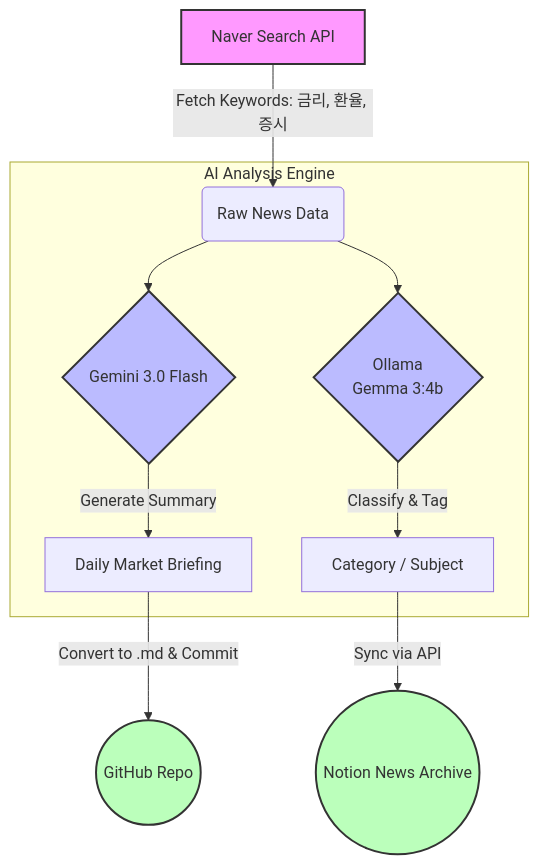
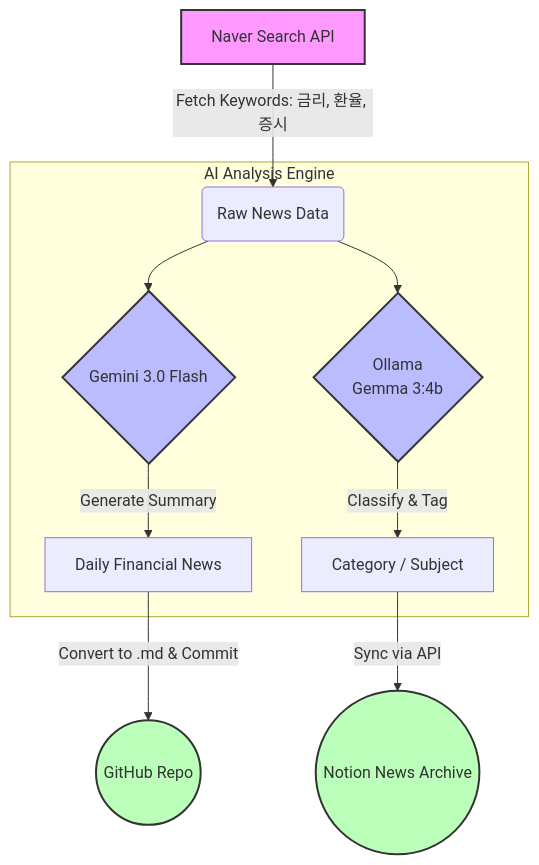
One commit to MinjunChoi24/JustStudy changed the diagram in news-archiver/README.md. Above: the diagram before and after it, drawn with Mermaid. The commit also changed other lines of this file, not shown here.

Commit message:
Update README for Daily Financial News terminology

````diff
--- a/news-archiver/README.md
+++ b/news-archiver/README.md
@@ -30,23 +30,23 @@
 ```mermaid
 graph TD
     %% 스타일 정의
     classDef api fill:#f9f,stroke:#333,stroke-width:2px;
     classDef ai fill:#bbf,stroke:#333,stroke-width:2px;
     classDef storage fill:#bfb,stroke:#333,stroke-width:2px;
 
     %% 1. 데이터 수집 단계
     Start[Naver Search API]:::api -->|Fetch Keywords: 금리, 환율, 증시| RawData(Raw News Data)
 
     %% 2. 데이터 분석 단계 (Sub-graph)
     subgraph "AI Analysis Engine"
         RawData --> Gemini{Gemini 3.0 Flash}:::ai
         RawData --> Ollama{Ollama<br/>Gemma 3:4b}:::ai
         
-        Gemini -->|Generate Summary| Briefing[Daily Market Briefing]
+        Gemini -->|Generate Summary| Briefing[Daily Financial News]
         Ollama -->|Classify & Tag| Tags[Category / Subject]
     end
 
     %% 3. 데이터 저장 단계
     Briefing -->|Convert to .md & Commit| GitHub((GitHub Repo)):::storage
     Tags -->|Sync via API| Notion((Notion News Archive)):::storage
 ```
````
